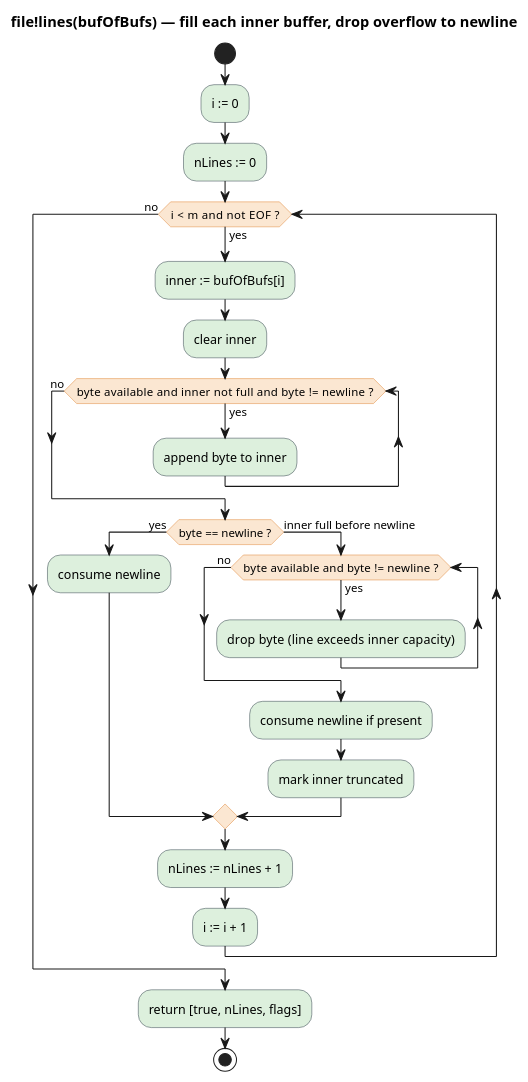
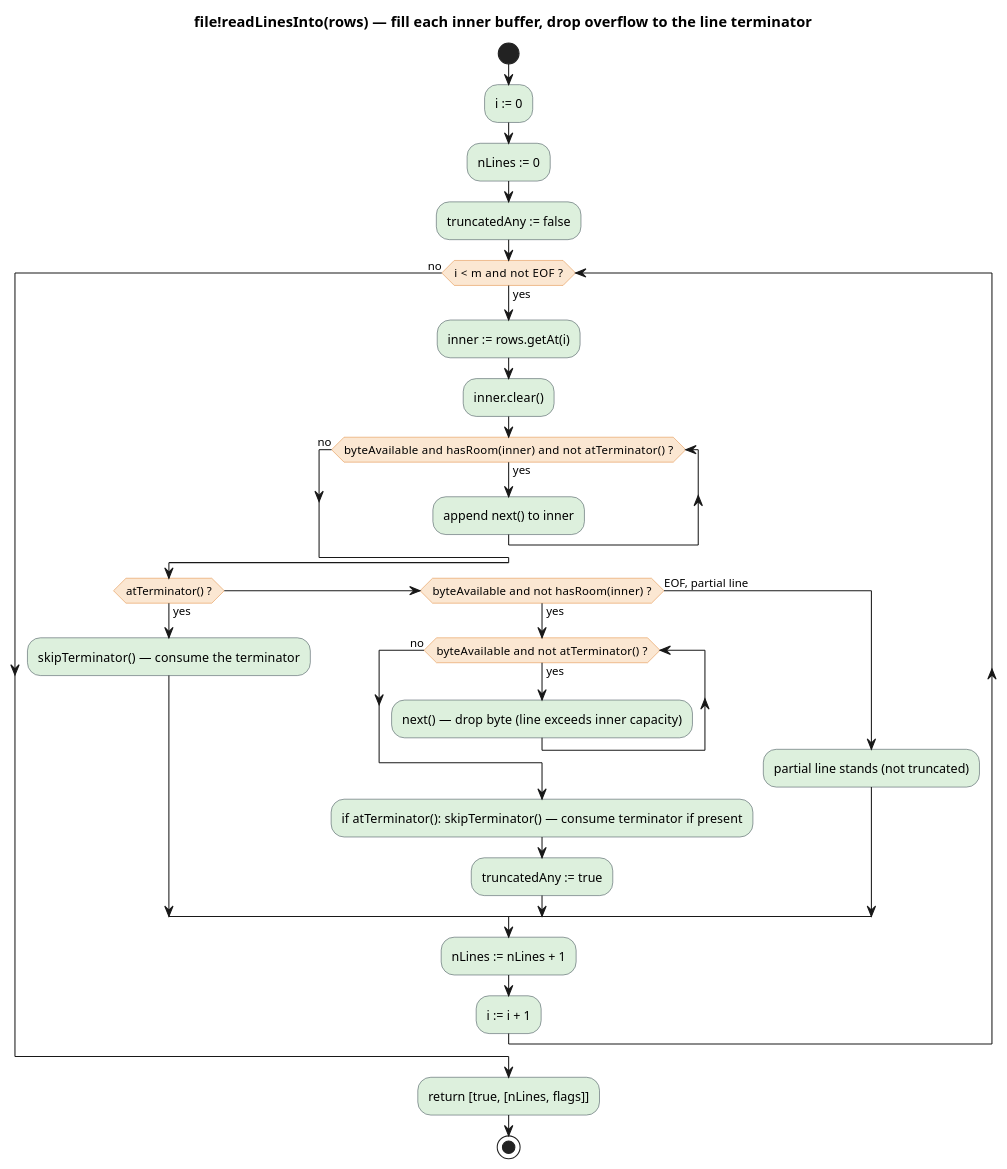
One commit to F1R3FLY-io/FIPS changed the diagram in under-review/2026-07-23-Fixed-Size-Byte-Buffer-Primitive/diagrams/d6-lines-activity.puml. Above: the diagram before and after it, drawn with PlantUML. The commit also changed 20 other files, not shown here.

```diff
--- a/under-review/2026-07-23-Fixed-Size-Byte-Buffer-Primitive/diagrams/d6-lines-activity.puml
+++ b/under-review/2026-07-23-Fixed-Size-Byte-Buffer-Primitive/diagrams/d6-lines-activity.puml
@@ -1,32 +1,35 @@
 @startuml
-title file!lines(bufOfBufs) — fill each inner buffer, drop overflow to newline
+title file!readLinesInto(rows) — fill each inner buffer, drop overflow to the line terminator
 skinparam backgroundColor #FFFFFF
 skinparam shadowing false
 skinparam ActivityBackgroundColor #DDF0DD
 skinparam ActivityBorderColor #37474F
 skinparam ActivityDiamondBackgroundColor #FBE7D2
 skinparam ActivityDiamondBorderColor #E08A3C
 start
 :i := 0;
 :nLines := 0;
+:truncatedAny := false;
 while (i < m  and  not EOF ?) is (yes)
-  :inner := bufOfBufs[i];
-  :clear inner;
-  while (byte available  and  inner not full  and  byte != newline ?) is (yes)
-    :append byte to inner;
+  :inner := rows.getAt(i);
+  :inner.clear();
+  while (byteAvailable  and  hasRoom(inner)  and  not atTerminator() ?) is (yes)
+    :append next() to inner;
   endwhile (no)
-  if (byte == newline ?) then (yes)
-    :consume newline;
-  else (inner full before newline)
-    while (byte available  and  byte != newline ?) is (yes)
-      :drop byte  (line exceeds inner capacity);
+  if (atTerminator() ?) then (yes)
+    :skipTerminator()  — consume the terminator;
+  elseif (byteAvailable  and  not hasRoom(inner) ?) then (yes)
+    while (byteAvailable  and  not atTerminator() ?) is (yes)
+      :next()  — drop byte (line exceeds inner capacity);
     endwhile (no)
-    :consume newline if present;
-    :mark inner truncated;
+    :if atTerminator(): skipTerminator()  — consume terminator if present;
+    :truncatedAny := true;
+  else (EOF, partial line)
+    :partial line stands (not truncated);
   endif
   :nLines := nLines + 1;
   :i := i + 1;
 endwhile (no)
-:return [true, nLines, flags];
+:return [true, [nLines, flags]];
 stop
 @enduml
```
